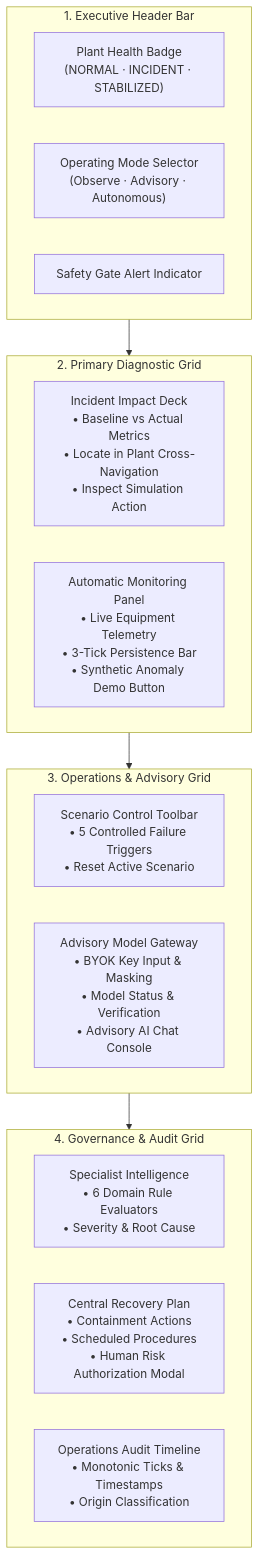
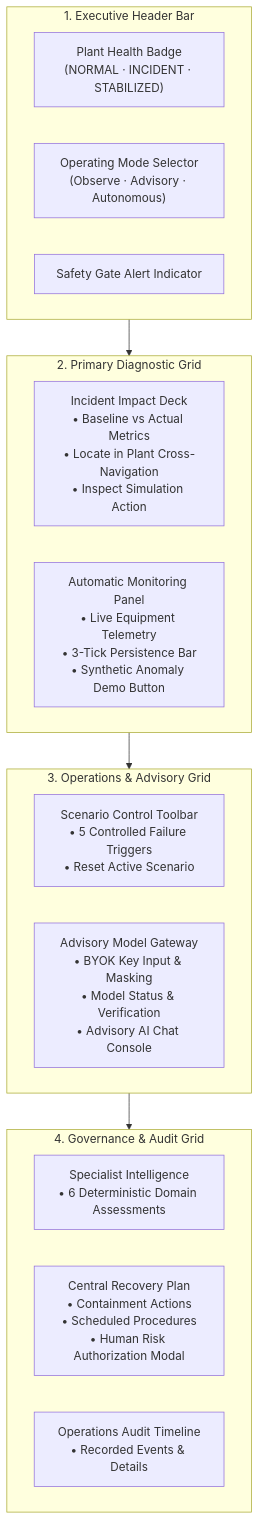
The diagram in docs-site/task-3-acamis/user-interface.md (prabhasb06/steelsim), drawn with Mermaid before and after one commit. The commit also changed other lines of this file and 20 other files, not shown here.

```diff
--- a/docs-site/task-3-acamis/user-interface.md
+++ b/docs-site/task-3-acamis/user-interface.md
@@ -9,26 +9,26 @@
 <pre class="mermaid">
 flowchart TD
     subgraph Header ["1. Executive Header Bar"]
         HealthBadge["Plant Health Badge<br/>(NORMAL · INCIDENT · STABILIZED)"]
         AutonomySelect["Operating Mode Selector<br/>(Observe · Advisory · Autonomous)"]
         SafetyIndicator["Safety Gate Alert Indicator"]
     end
 
     subgraph TopGrid ["2. Primary Diagnostic Grid"]
         IncidentDeck["Incident Impact Deck<br/>• Baseline vs Actual Metrics<br/>• Locate in Plant Cross-Navigation<br/>• Inspect Simulation Action"]
         MonitoringPanel["Automatic Monitoring Panel<br/>• Live Equipment Telemetry<br/>• 3-Tick Persistence Bar<br/>• Synthetic Anomaly Demo Button"]
     end
 
     subgraph MiddleGrid ["3. Operations & Advisory Grid"]
         ScenarioToolbar["Scenario Control Toolbar<br/>• 5 Controlled Failure Triggers<br/>• Reset Active Scenario"]
         ModelPanel["Advisory Model Gateway<br/>• BYOK Key Input & Masking<br/>• Model Status & Verification<br/>• Advisory AI Chat Console"]
     end
 
     subgraph BottomGrid ["4. Governance & Audit Grid"]
-        SpecialistDeck["Specialist Intelligence<br/>• 6 Domain Rule Evaluators<br/>• Severity & Root Cause"]
+        SpecialistDeck["Specialist Intelligence<br/>• 6 Deterministic Domain Assessments"]
         RecoveryPlan["Central Recovery Plan<br/>• Containment Actions<br/>• Scheduled Procedures<br/>• Human Risk Authorization Modal"]
-        AuditLog["Operations Audit Timeline<br/>• Monotonic Ticks & Timestamps<br/>• Origin Classification"]
+        AuditLog["Operations Audit Timeline<br/>• Recorded Events & Details"]
     end
 
     Header --> TopGrid --> MiddleGrid --> BottomGrid
 </pre>
```
